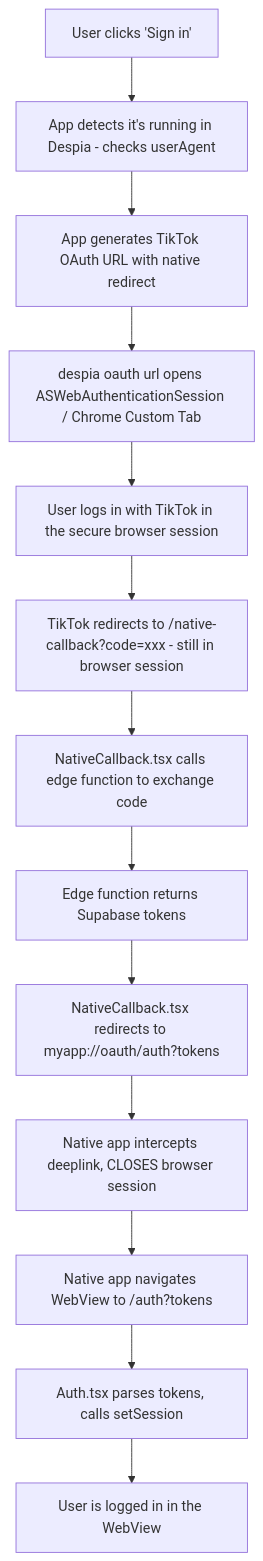
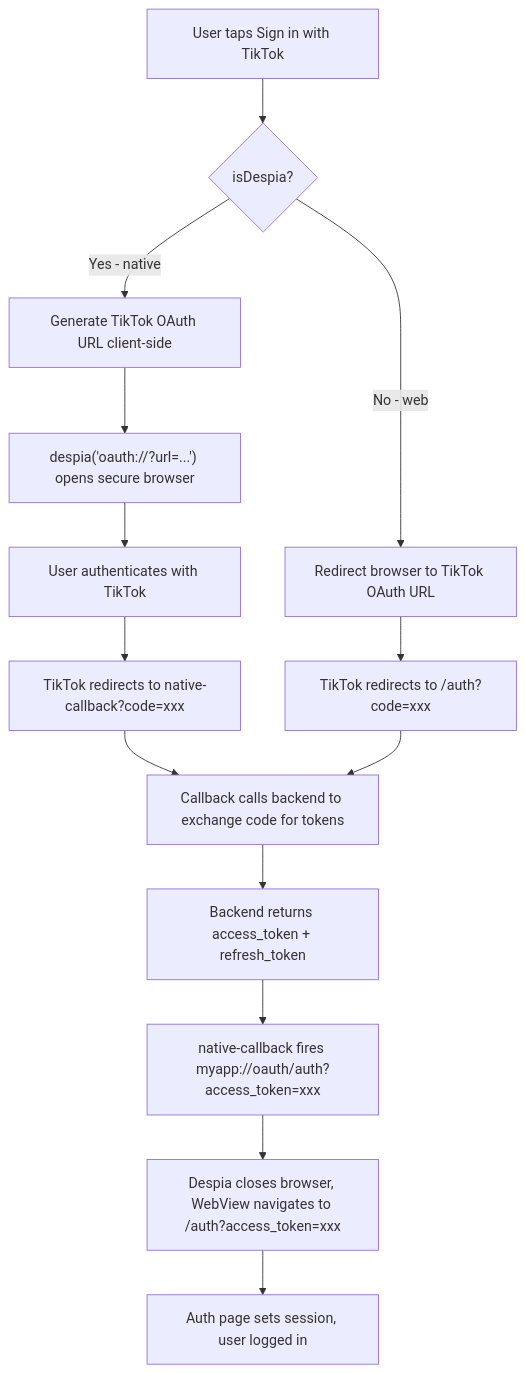
Before and after one commit to despia-native/docs: the diagram in native-features/oauth/tiktok.mdx, drawn with Mermaid. The commit also changed other lines of this file and 10 other files, not shown here.

First line of the commit message:
Update AppsFlyer and OAuth docs, add Apple Sign In to changelog

````diff
--- a/native-features/oauth/tiktok.mdx
+++ b/native-features/oauth/tiktok.mdx
@@ -1609,15 +102,16 @@
 ```mermaid
 flowchart TD
-    A[User clicks 'Sign in'] --> B[App detects it's running in Despia - checks userAgent]
-    B --> C[App generates TikTok OAuth URL with native redirect]
-    C --> D[despia oauth url opens ASWebAuthenticationSession / Chrome Custom Tab]
-    D --> E[User logs in with TikTok in the secure browser session]
-    E --> F[TikTok redirects to /native-callback?code=xxx - still in browser session]
-    F --> G[NativeCallback.tsx calls edge function to exchange code]
-    G --> H[Edge function returns Supabase tokens]
-    H --> I[NativeCallback.tsx redirects to myapp://oauth/auth?tokens]
-    I --> J[Native app intercepts deeplink, CLOSES browser session]
-    J --> K[Native app navigates WebView to /auth?tokens]
-    K --> L[Auth.tsx parses tokens, calls setSession]
-    L --> M[User is logged in in the WebView]
+    A["User taps Sign in with TikTok"] --> B{"isDespia?"}
+    B -->|"Yes - native"| C["Generate TikTok OAuth URL client-side"]
+    B -->|"No - web"| W["Redirect browser to TikTok OAuth URL"]
+    C --> D["despia('oauth://?url=...') opens secure browser"]
+    D --> E["User authenticates with TikTok"]
+    E --> F["TikTok redirects to native-callback?code=xxx"]
+    F --> G["Callback calls backend to exchange code for tokens"]
+    G --> H["Backend returns access_token + refresh_token"]
+    H --> I["native-callback fires myapp://oauth/auth?access_token=xxx"]
+    I --> J["Despia closes browser, WebView navigates to /auth?access_token=xxx"]
+    J --> K["Auth page sets session, user logged in"]
+    W --> L["TikTok redirects to /auth?code=xxx"]
+    L --> G
 ```
````
